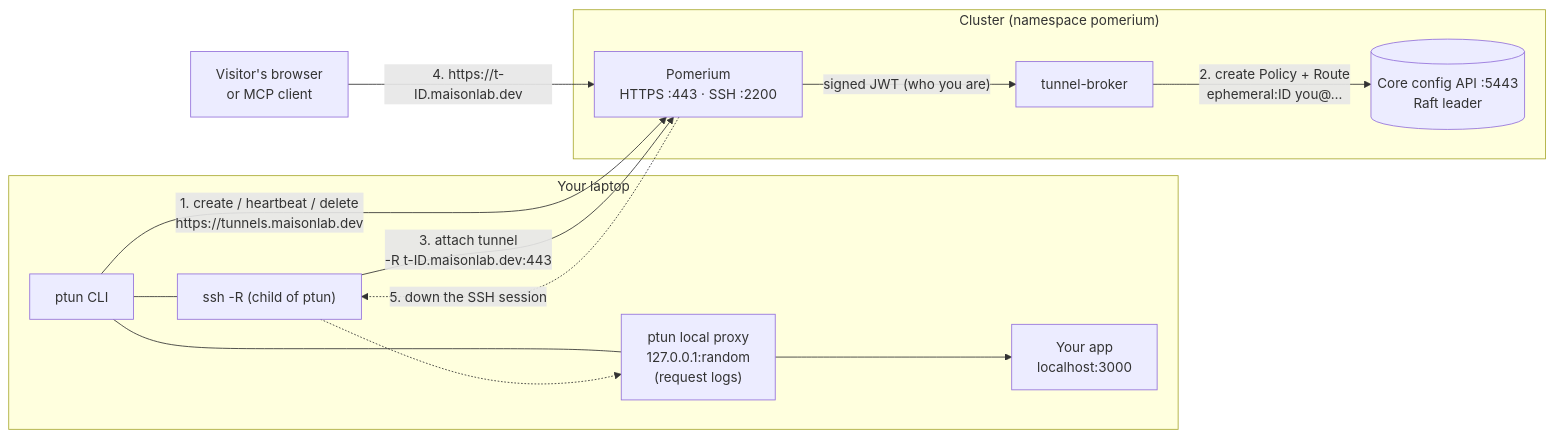
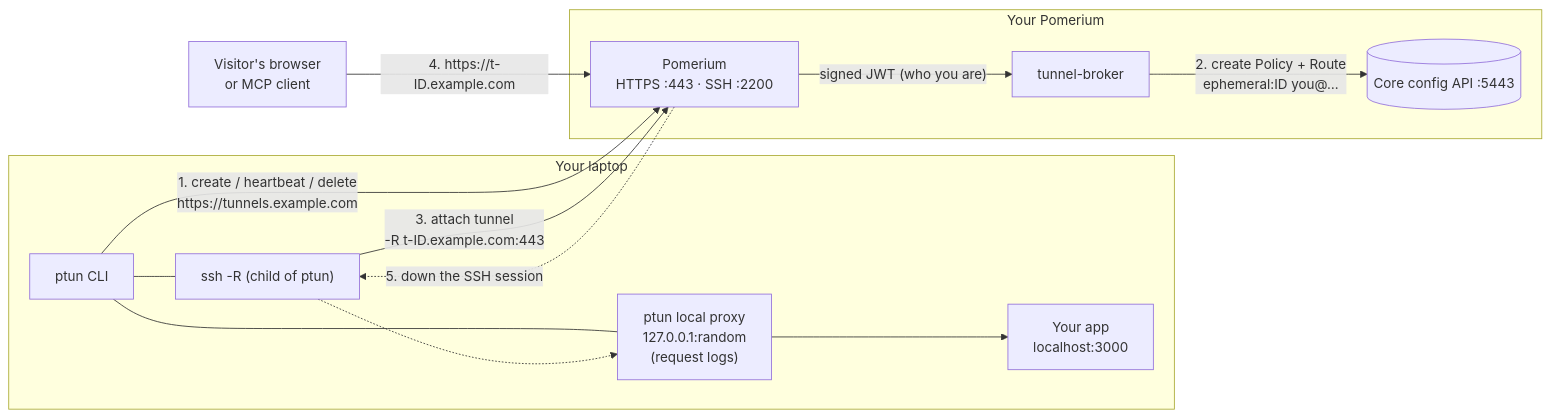
The first of 2 diagrams in README.md (nickytonline/ptun), drawn with Mermaid before and after one commit. The commit also changed other lines of this file and 18 other files, not shown here.

````diff
--- a/README.md
+++ b/README.md
@@ -87,28 +98,28 @@
 ```mermaid
 flowchart LR
   subgraph laptop["Your laptop"]
     app["Your app<br/>localhost:3000"]
     proxy["ptun local proxy<br/>127.0.0.1:random<br/>(request logs)"]
     cli["ptun CLI"]
     ssh["ssh -R (child of ptun)"]
     cli --- proxy
     cli --- ssh
     proxy --> app
   end
 
   visitor["Visitor's browser<br/>or MCP client"]
 
-  subgraph cluster["Cluster (namespace pomerium)"]
+  subgraph server["Your Pomerium"]
     pom["Pomerium<br/>HTTPS :443 · SSH :2200"]
     broker["tunnel-broker"]
-    cfg[("Core config API :5443<br/>Raft leader")]
+    cfg[("Core config API :5443")]
   end
 
-  cli -- "1. create / heartbeat / delete<br/>https://tunnels.maisonlab.dev" --> pom
+  cli -- "1. create / heartbeat / delete<br/>https://tunnels.example.com" --> pom
   pom -- "signed JWT (who you are)" --> broker
   broker -- "2. create Policy + Route<br/>ephemeral:ID you@…" --> cfg
-  ssh -- "3. attach tunnel<br/>-R t-ID.maisonlab.dev:443" --> pom
-  visitor -- "4. https://t-ID.maisonlab.dev" --> pom
+  ssh -- "3. attach tunnel<br/>-R t-ID.example.com:443" --> pom
+  visitor -- "4. https://t-ID.example.com" --> pom
   pom -. "5. down the SSH session" .-> ssh
   ssh -.-> proxy
 ```
````
